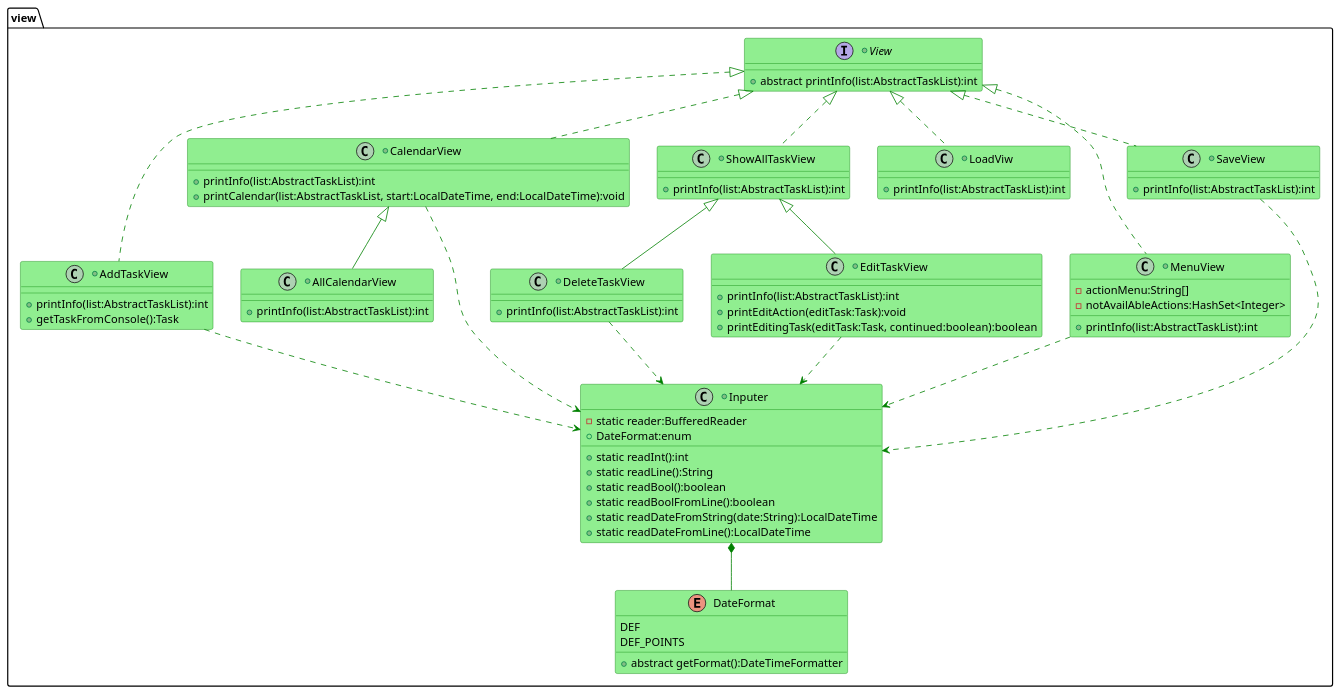
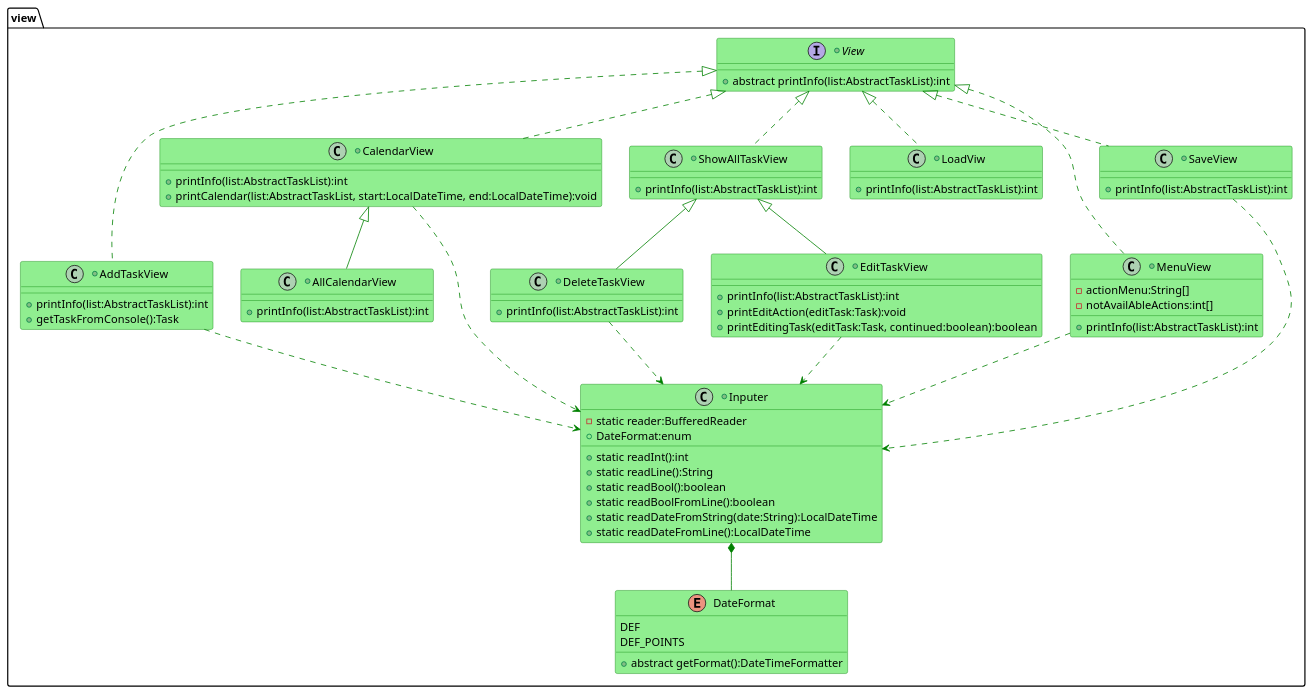
Before and after one commit to Igorstar23/TaskManager: the diagram in ClassDiagramView.puml, drawn with PlantUML. The commit also changed 4 other files, not shown here.

Commit message:
pr10: add correct menu output and edit diagram

```diff
--- a/ClassDiagramView.puml
+++ b/ClassDiagramView.puml
@@ -1,84 +1,84 @@
 @startuml
 'https://plantuml.com/class-diagram
 
 skinparam class {
   ' задаем светлозеленый цвет для фона классов по умолчанию
   BackgroundColor LightGreen
   ' задаем синий цвет для связей классов по умолчанию
   ArrowColor      Green
   ' задаем красный цвет для контуров классов по умолчанию
   BorderColor     Green
 }
 
 package "view" {
     +interface View {
         +abstract printInfo(list:AbstractTaskList):int
     }
 
     +class AddTaskView implements View {
           +printInfo(list:AbstractTaskList):int
           +getTaskFromConsole():Task
     }
 
     +class AllCalendarView extends CalendarView {
           +printInfo(list:AbstractTaskList):int
     }
 
     +class CalendarView implements View {
           +printInfo(list:AbstractTaskList):int
           +printCalendar(list:AbstractTaskList, start:LocalDateTime, end:LocalDateTime):void
     }
 
     +class DeleteTaskView extends ShowAllTaskView {
           +printInfo(list:AbstractTaskList):int
     }
 
     +class EditTaskView extends ShowAllTaskView {
           +printInfo(list:AbstractTaskList):int
           +printEditAction(editTask:Task):void
           +printEditingTask(editTask:Task, continued:boolean):boolean
     }
 
     +class LoadViw implements View {
           +printInfo(list:AbstractTaskList):int
     }
 
     +class MenuView implements View {
           -actionMenu:String[]
-          -notAvailAbleActions:HashSet<Integer>
+          -notAvailAbleActions:int[]
           +printInfo(list:AbstractTaskList):int
     }
 
     +class SaveView implements View {
           +printInfo(list:AbstractTaskList):int
     }
 
     +class ShowAllTaskView implements View {
           +printInfo(list:AbstractTaskList):int
     }
 
     +class Inputer {
               -static reader:BufferedReader
               +DateFormat:enum
               +static readInt():int
               +static readLine():String
               +static readBool():boolean
               +static readBoolFromLine():boolean
               +static readDateFromString(date:String):LocalDateTime
               +static readDateFromLine():LocalDateTime
         }
         enum DateFormat {
              DEF
              DEF_POINTS
              +abstract getFormat():DateTimeFormatter
         }
         Inputer *-- DateFormat
         AddTaskView ..> Inputer
         CalendarView ..> Inputer
         DeleteTaskView ..> Inputer
         EditTaskView ..> Inputer
         MenuView ..> Inputer
         SaveView ..> Inputer
 }
 
 @enduml
```
